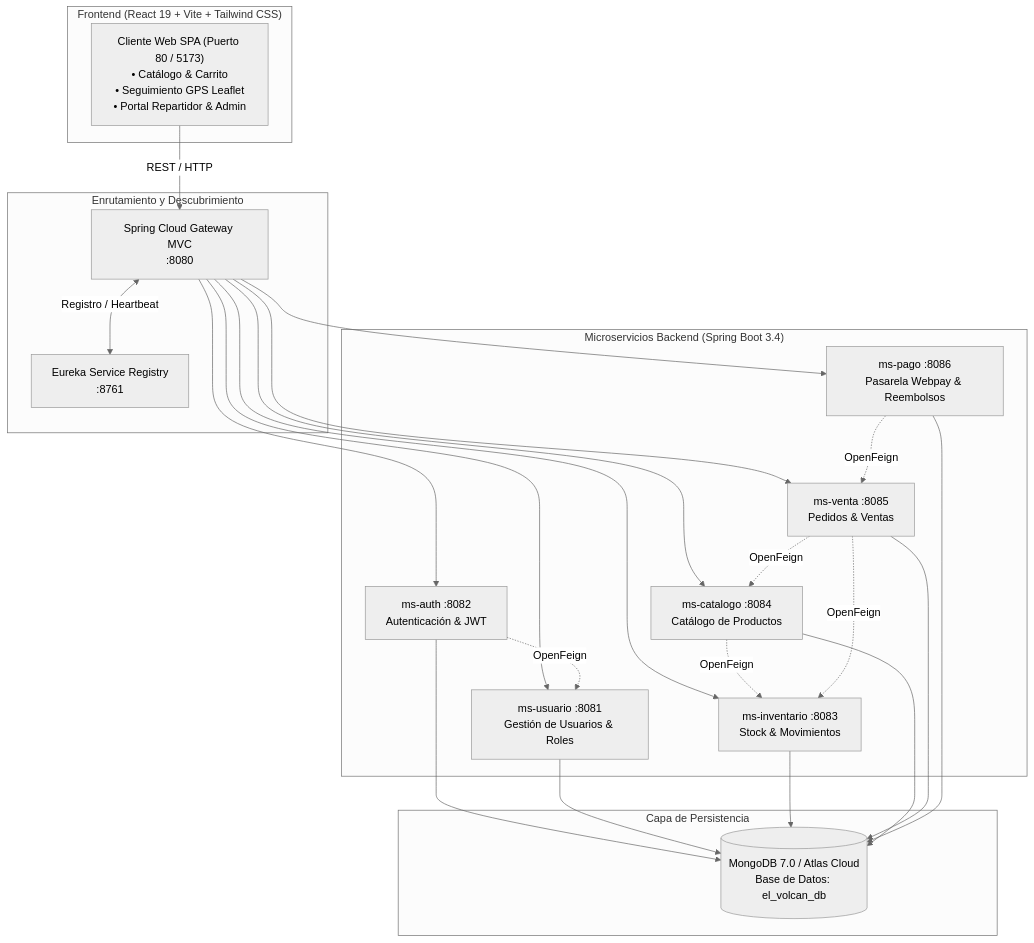
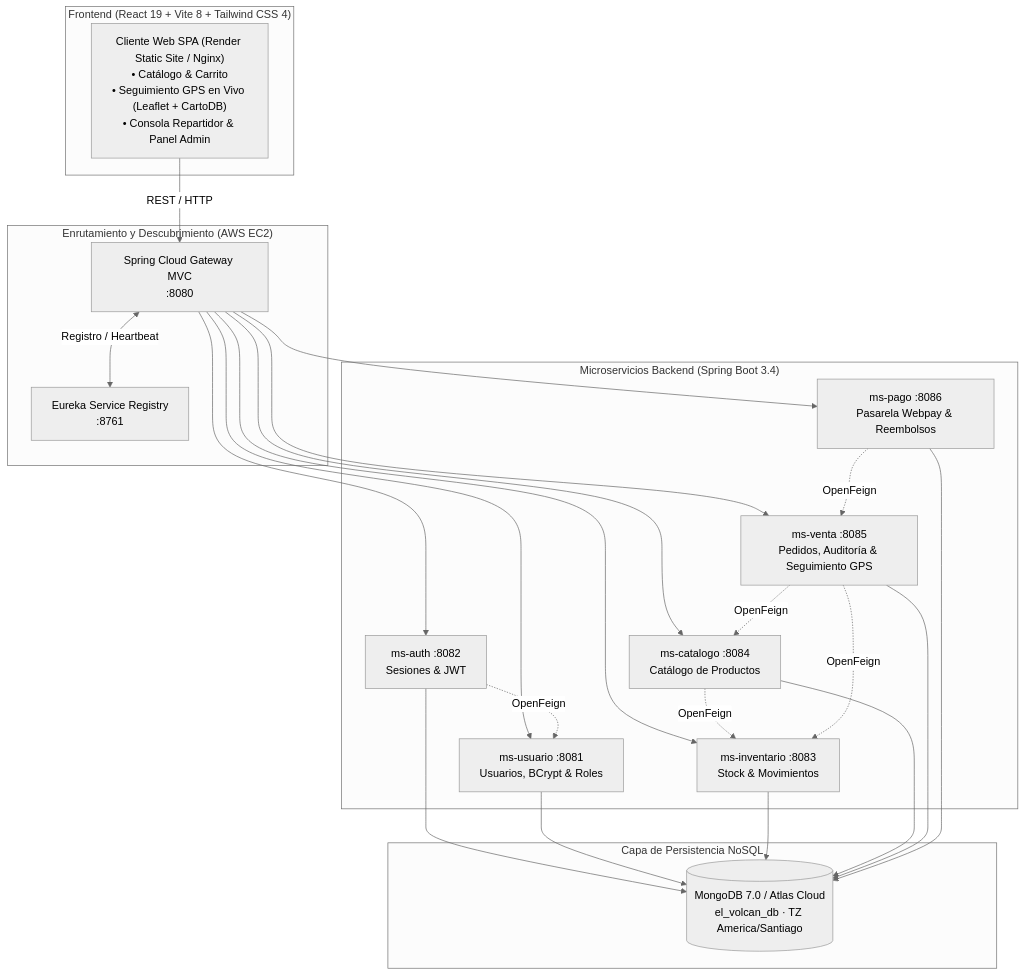
Before and after one commit to DamianMercado/ElVolcanDB: the diagram in README.md, drawn with Mermaid (neutral theme). The commit also changed other lines of this file and 111 other files, not shown here.

First line of the commit message:
feat: automatizacion EC2 3am Chile, zona horaria America/Santiago, sesiones y seguimiento en vivo

````diff
--- a/README.md
+++ b/README.md
@@ -9,41 +9,35 @@
 ```mermaid
 flowchart TB
-    subgraph Frontend_Layer ["Frontend (React 19 + Vite + Tailwind CSS)"]
-        SPA["Cliente Web SPA (Puerto 80 / 5173)<br/>• Catálogo & Carrito<br/>• Seguimiento GPS Leaflet<br/>• Portal Repartidor & Admin"]
+    subgraph Frontend_Layer ["Frontend (React 19 + Vite 8 + Tailwind CSS 4)"]
+        SPA["Cliente Web SPA (Render Static Site / Nginx)<br/>• Catálogo & Carrito<br/>• Seguimiento GPS en Vivo (Leaflet + CartoDB)<br/>• Consola Repartidor & Panel Admin"]
     end
 
-    subgraph Gateway_Discovery ["Enrutamiento y Descubrimiento"]
+    subgraph Gateway_Discovery ["Enrutamiento y Descubrimiento (AWS EC2)"]
         GW["Spring Cloud Gateway MVC<br/>:8080"]
         EUR["Eureka Service Registry<br/>:8761"]
     end
 
     subgraph Microservices ["Microservicios Backend (Spring Boot 3.4)"]
-        AUTH["ms-auth :8082<br/>Autenticación & JWT"]
-        USU["ms-usuario :8081<br/>Gestión de Usuarios & Roles"]
+        AUTH["ms-auth :8082<br/>Sesiones & JWT"]
+        USU["ms-usuario :8081<br/>Usuarios, BCrypt & Roles"]
         INV["ms-inventario :8083<br/>Stock & Movimientos"]
         CAT["ms-catalogo :8084<br/>Catálogo de Productos"]
-        VEN["ms-venta :8085<br/>Pedidos & Ventas"]
+        VEN["ms-venta :8085<br/>Pedidos, Auditoría & Seguimiento GPS"]
         PAG["ms-pago :8086<br/>Pasarela Webpay & Reembolsos"]
     end
 
-    subgraph Data_Layer ["Capa de Persistencia"]
-        MONGO[("MongoDB 7.0 / Atlas Cloud<br/>Base de Datos: el_volcan_db")]
+    subgraph Data_Layer ["Capa de Persistencia NoSQL"]
+        MONGO[("MongoDB 7.0 / Atlas Cloud<br/>el_volcan_db · TZ America/Santiago")]
     end
 
     SPA -->|REST / HTTP| GW
     GW <-->|Registro / Heartbeat| EUR
-    GW --> AUTH
-    GW --> USU
-    GW --> INV
-    GW --> CAT
-    GW --> VEN
-    GW --> PAG
+    GW --> AUTH & USU & INV & CAT & VEN & PAG
 
     AUTH -. OpenFeign .-> USU
     CAT -. OpenFeign .-> INV
-    VEN -. OpenFeign .-> INV
-    VEN -. OpenFeign .-> CAT
+    VEN -. OpenFeign .-> INV & CAT
     PAG -. OpenFeign .-> VEN
 
     AUTH & USU & INV & CAT & VEN & PAG --> MONGO
 ```
````
